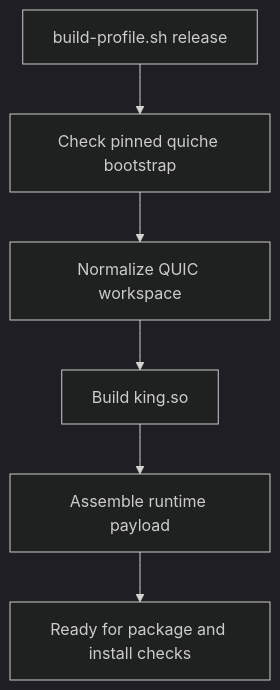
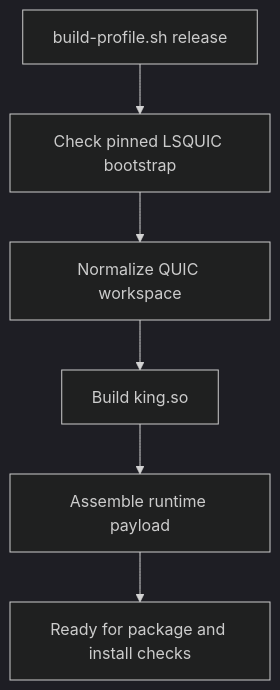
The second of 4 diagrams in documentation/operations-and-release.md (Intelligent-Intern/king), drawn with Mermaid (dark theme) before and after one commit. The commit also changed other lines of this file and 5 other files, not shown here.

````diff
--- a/documentation/operations-and-release.md
+++ b/documentation/operations-and-release.md
@@ -148,8 +195,8 @@
 ```mermaid
 flowchart TD
-    A[build-profile.sh release] --> B[Check pinned quiche bootstrap]
+    A[build-profile.sh release] --> B[Check pinned LSQUIC bootstrap]
     B --> C[Normalize QUIC workspace]
     C --> D[Build king.so]
     D --> E[Assemble runtime payload]
     E --> F[Ready for package and install checks]
 ```
````
